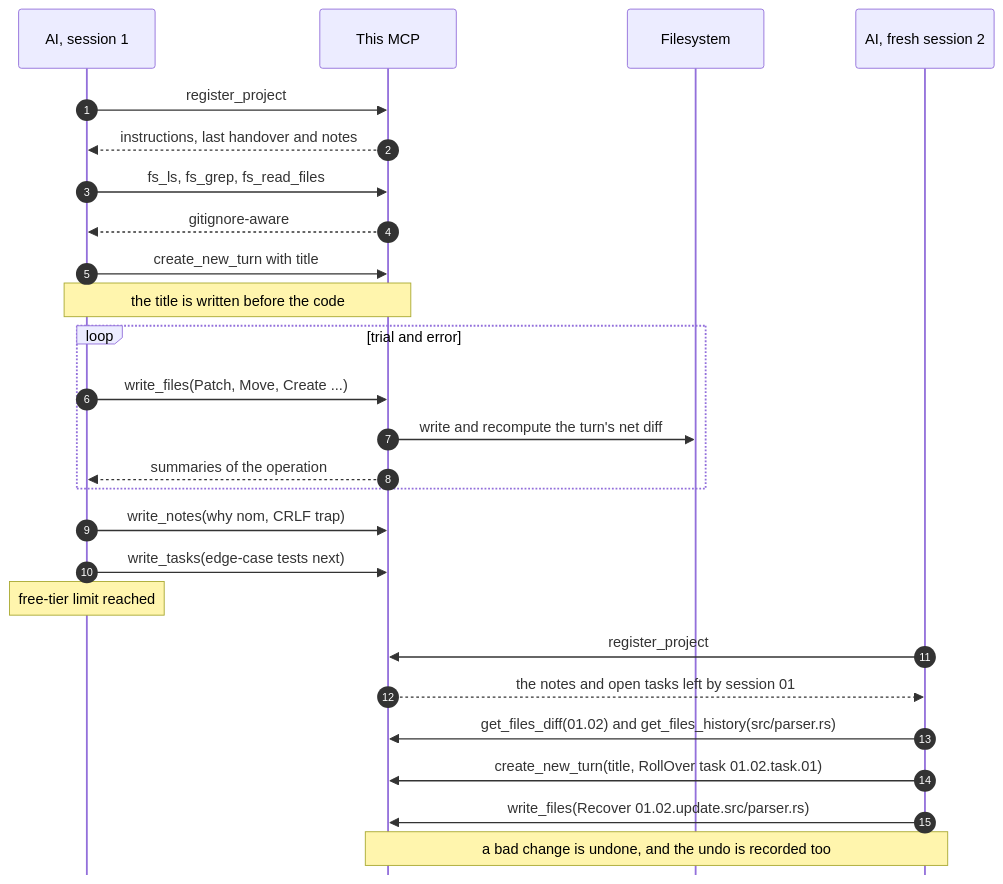
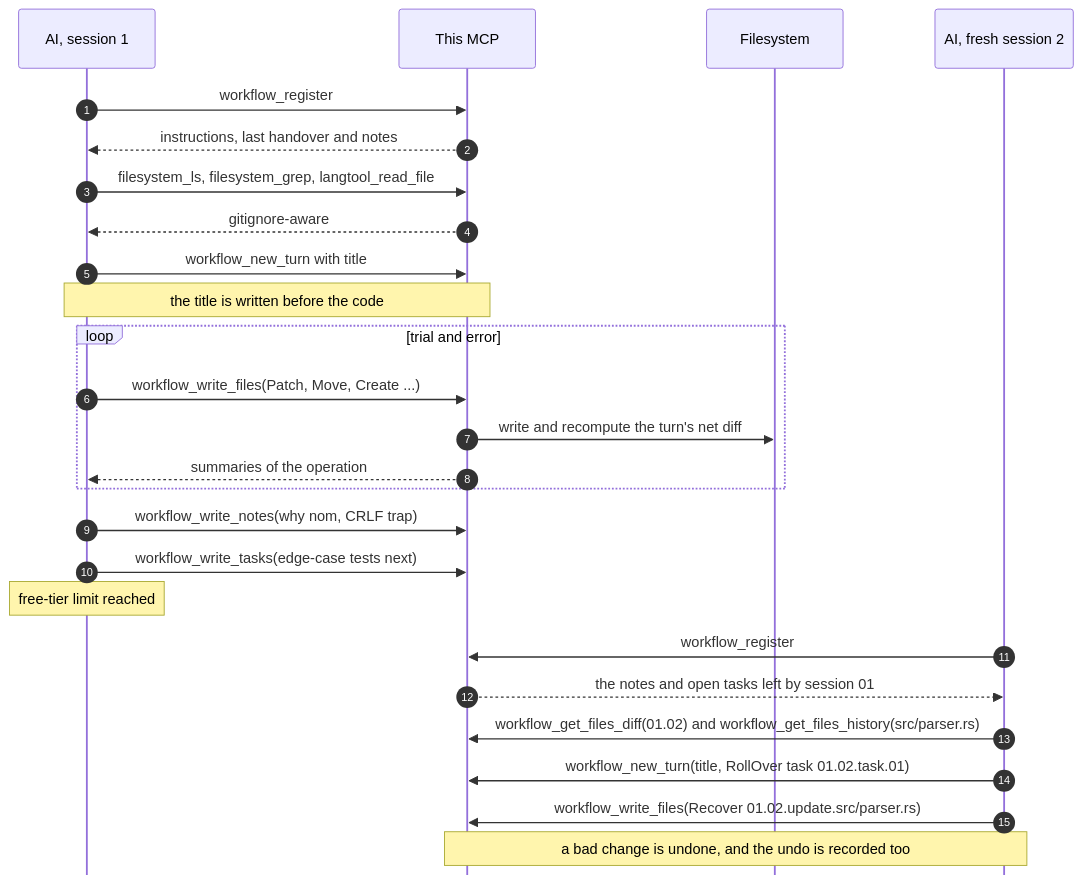
One commit to SnowyField1906/stateful-agent-mcp changed the diagram in README.md. Above: the diagram before and after it, drawn with Mermaid. The commit also changed other lines of this file and 183 other files, not shown here.

````diff
--- a/README.md
+++ b/README.md
@@ -88,34 +99,34 @@
 ```mermaid
 %%{init: {"sequence": {"mirrorActors": false}}}%%
 sequenceDiagram
     autonumber
     participant A as AI, session 1
     participant M as This MCP
     participant D as Filesystem
     participant B as AI, fresh session 2
 
-    A->>M: register_project
+    A->>M: workflow_register
     M-->>A: instructions, last handover and notes
-    A->>M: fs_ls, fs_grep, fs_read_files
+    A->>M: filesystem_ls, filesystem_grep, langtool_read_file
     M-->>A: gitignore-aware
 
-    A->>M: create_new_turn with title
+    A->>M: workflow_new_turn with title
     Note over A,M: the title is written before the code
 
     loop trial and error
-        A->>M: write_files(Patch, Move, Create ...)
+        A->>M: workflow_write_files(Patch, Move, Create ...)
         M->>D: write and recompute the turn's net diff
         M-->>A: summaries of the operation
     end
 
-    A->>M: write_notes(why nom, CRLF trap)
-    A->>M: write_tasks(edge-case tests next)
+    A->>M: workflow_write_notes(why nom, CRLF trap)
+    A->>M: workflow_write_tasks(edge-case tests next)
     Note over A: free-tier limit reached
 
-    B->>M: register_project
+    B->>M: workflow_register
     M-->>B: the notes and open tasks left by session 01
-    B->>M: get_files_diff(01.02) and get_files_history(src/parser.rs)
-    B->>M: create_new_turn(title, RollOver task 01.02.task.01)
-    B->>M: write_files(Recover 01.02.update.src/parser.rs)
+    B->>M: workflow_get_files_diff(01.02) and workflow_get_files_history(src/parser.rs)
+    B->>M: workflow_new_turn(title, RollOver task 01.02.task.01)
+    B->>M: workflow_write_files(Recover 01.02.update.src/parser.rs)
     Note over M,B: a bad change is undone, and the undo is recorded too
 ```
````
